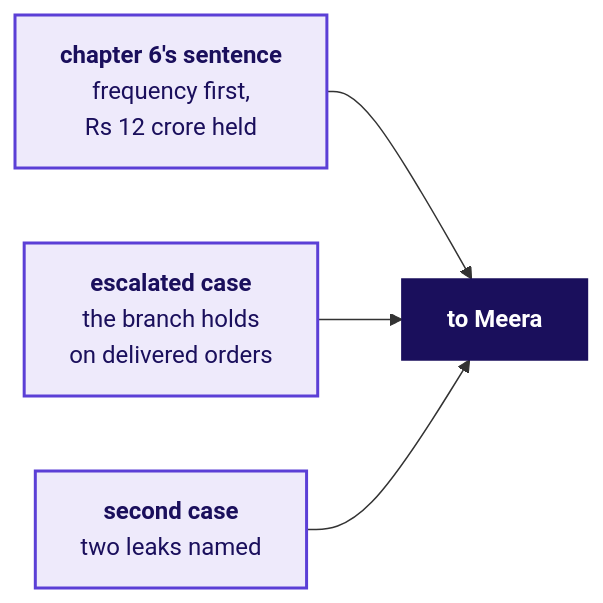
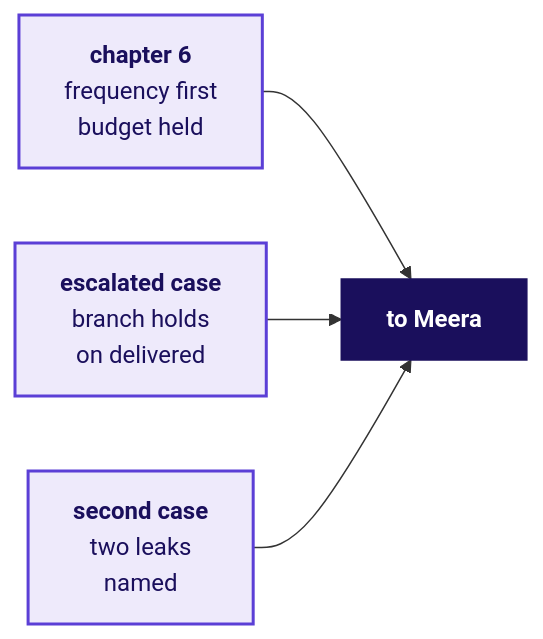
Diagram 19 of 20 in content/W01/D1/slides/C2_W01_D01_half2_STUDENT.md (fde-academy-lab/c2-content-factory), drawn with Mermaid before and after one commit. The commit also changed other lines of this file and 32 other files, not shown here.

````diff
--- a/content/W01/D1/slides/C2_W01_D01_half2_STUDENT.md
+++ b/content/W01/D1/slides/C2_W01_D01_half2_STUDENT.md
@@ -1102,10 +1105,10 @@
 ```mermaid
 flowchart LR
-    S["<b>chapter 6's sentence</b><br/>frequency first,<br/>Rs 12 crore held"] --> M["<b>to Meera</b>"]
-    D["<b>escalated case</b><br/>the branch holds<br/>on delivered orders"] --> M
-    C["<b>second case</b><br/>two leaks named"] --> M
+    S["<b>chapter 6</b><br/>frequency first<br/>budget held"] --> M["<b>to Meera</b>"]
+    D["<b>escalated case</b><br/>branch holds<br/>on delivered"] --> M
+    C["<b>second case</b><br/>two leaks<br/>named"] --> M
     classDef known fill:#EEEAFB,stroke:#5B3FD6,color:#1A0F5C,stroke-width:2px
     classDef bet fill:#1A0F5C,stroke:#1A0F5C,color:#FFFFFF
     class S,D,C known
     class M bet
 ```
````
